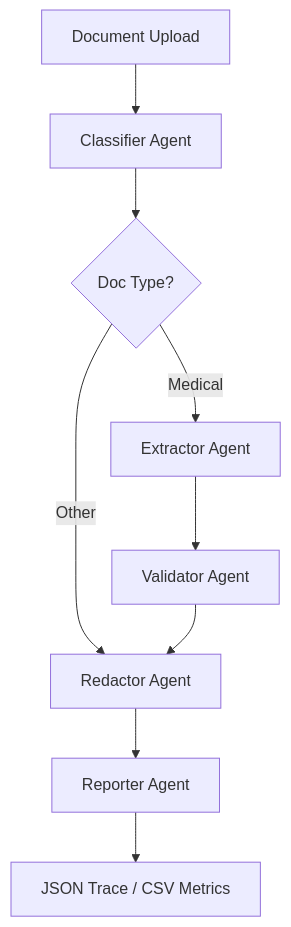
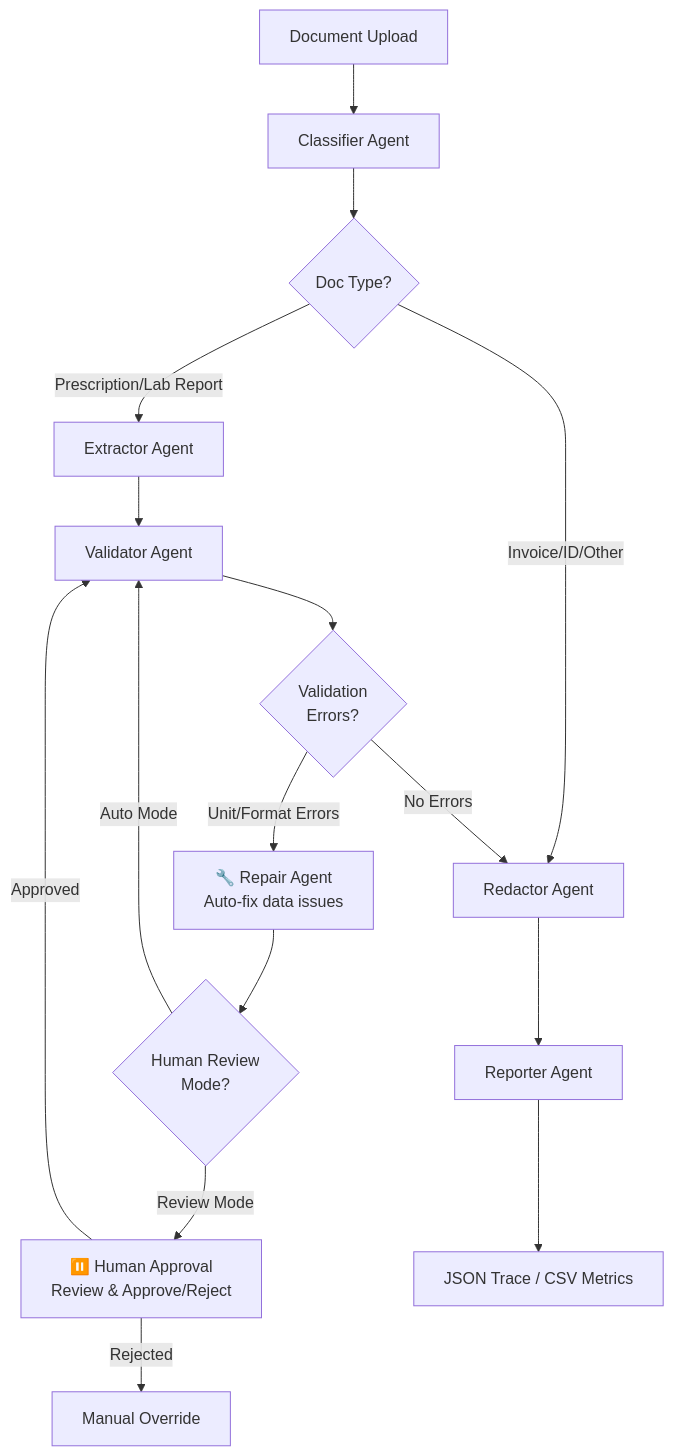
The diagram in README.md (sushantmutta/newdocprocessor), drawn with Mermaid before and after one commit. The commit also changed other lines of this file and 27 other files, not shown here.

````diff
--- a/README.md
+++ b/README.md
@@ -40,11 +52,18 @@
 ```mermaid
 graph TD
     A[Document Upload] --> B[Classifier Agent]
     B --> C{Doc Type?}
-    C -->|Medical| D[Extractor Agent]
-    C -->|Other| E[Redactor Agent]
+    C -->|Prescription/Lab Report| D[Extractor Agent]
+    C -->|Invoice/ID/Other| E[Redactor Agent]
     D --> F[Validator Agent]
-    F --> E
-    E --> G[Reporter Agent]
-    G --> H[JSON Trace / CSV Metrics]
+    F --> G{Validation<br/>Errors?}
+    G -->|Unit/Format Errors| H[🔧 Repair Agent<br/>Auto-fix data issues]
+    H --> I{Human Review<br/>Mode?}
+    I -->|Review Mode| J[⏸️ Human Approval<br/>Review & Approve/Reject]
+    I -->|Auto Mode| F
+    J -->|Approved| F
+    J -->|Rejected| K[Manual Override]
+    G -->|No Errors| E
+    E --> L[Reporter Agent]
+    L --> M[JSON Trace / CSV Metrics]
 ```
````
